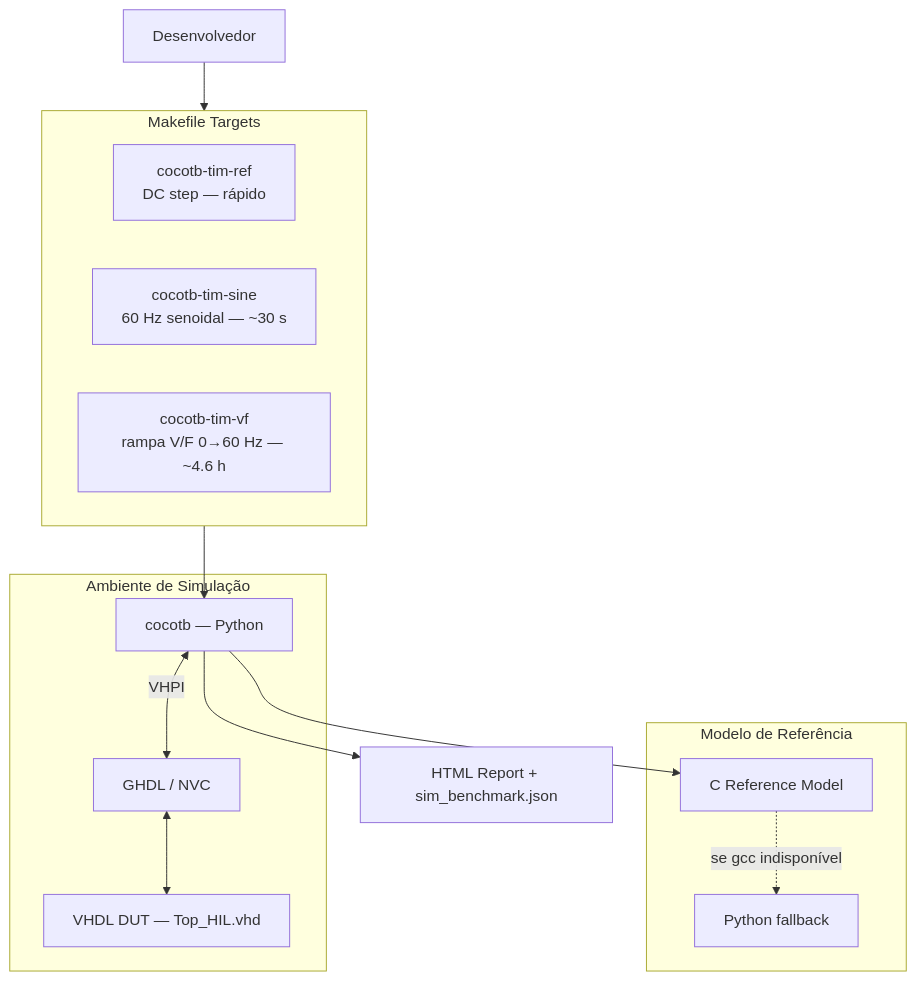
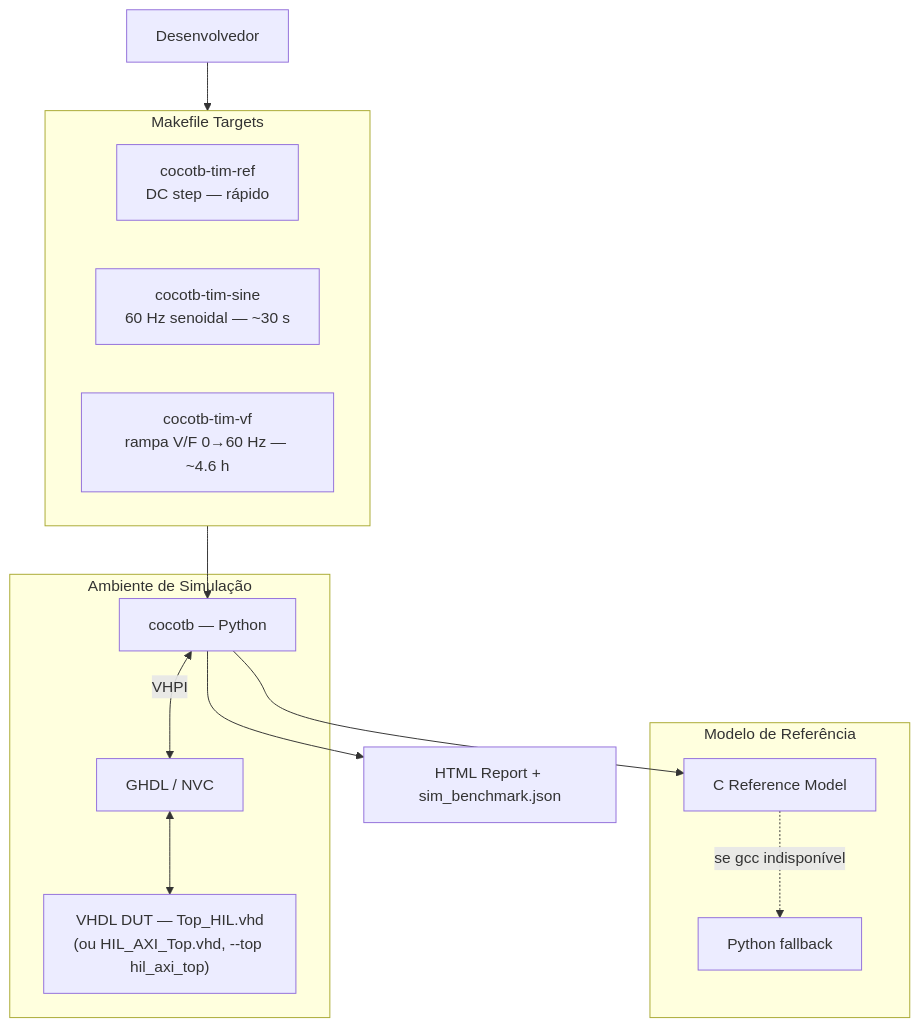
Before and after one commit to urielcontardi/Hardware-in-the-Loop: the fifth of 7 diagrams in docs/architecture.md, drawn with Mermaid. The commit also changed other lines of this file and 2 other files, not shown here.

Commit message:
📝 docs: fix outdated architecture (clock, registers, IRQ, API)

````diff
--- a/docs/architecture.md
+++ b/docs/architecture.md
@@ -212,30 +289,30 @@
 ```mermaid
 flowchart TD
     DEV["Desenvolvedor"]
 
     subgraph MAKE_T["Makefile Targets"]
         T1["cocotb-tim-ref<br/>DC step — rápido"]
         T2["cocotb-tim-sine<br/>60 Hz senoidal — ~30 s"]
         T3["cocotb-tim-vf<br/>rampa V/F 0→60 Hz — ~4.6 h"]
     end
 
     subgraph SIM_ENV["Ambiente de Simulação"]
         COCOTB_PY["cocotb — Python"]
         SIM["GHDL / NVC"]
-        DUT["VHDL DUT — Top_HIL.vhd"]
+        DUT["VHDL DUT — Top_HIL.vhd\n(ou HIL_AXI_Top.vhd, --top hil_axi_top)"]
         COCOTB_PY <-->|"VHPI"| SIM
         SIM <--> DUT
     end
 
     subgraph REF_M["Modelo de Referência"]
         C_MODEL["C Reference Model"]
         PY_MODEL["Python fallback"]
         C_MODEL -.->|"se gcc indisponível"| PY_MODEL
     end
 
     REPORT["HTML Report + sim_benchmark.json"]
 
     DEV --> MAKE_T --> COCOTB_PY
     COCOTB_PY --> C_MODEL
     COCOTB_PY --> REPORT
 ```
````
